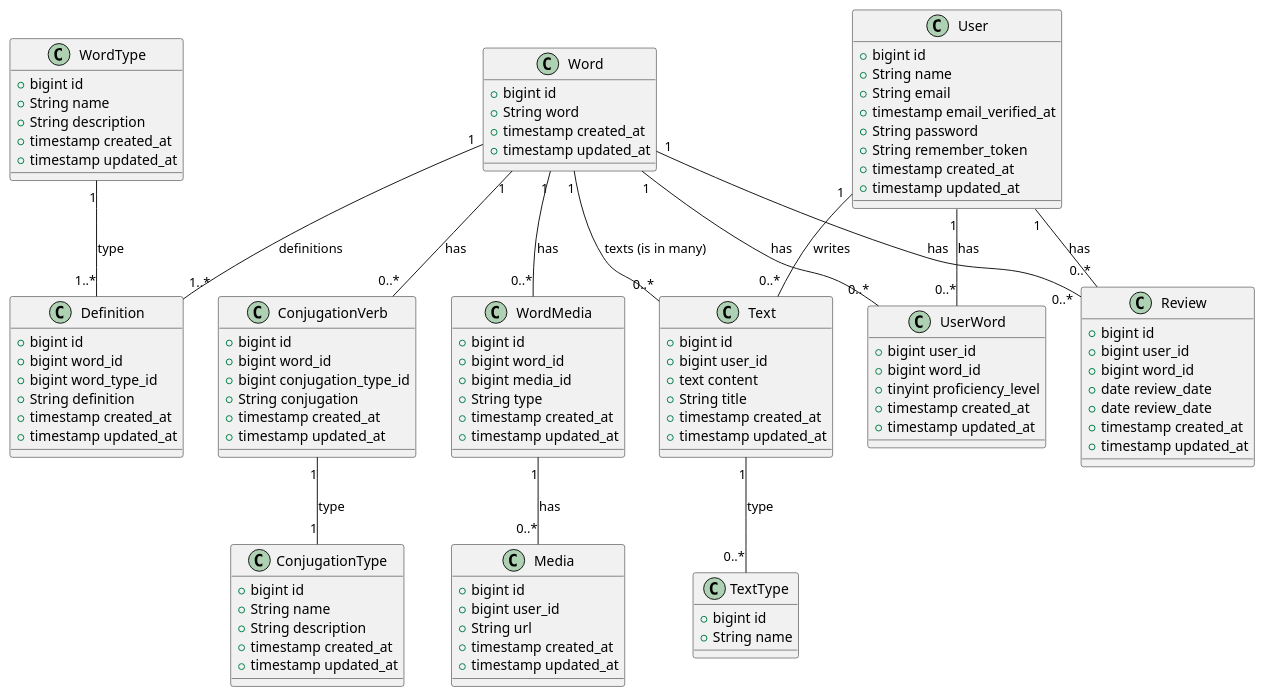
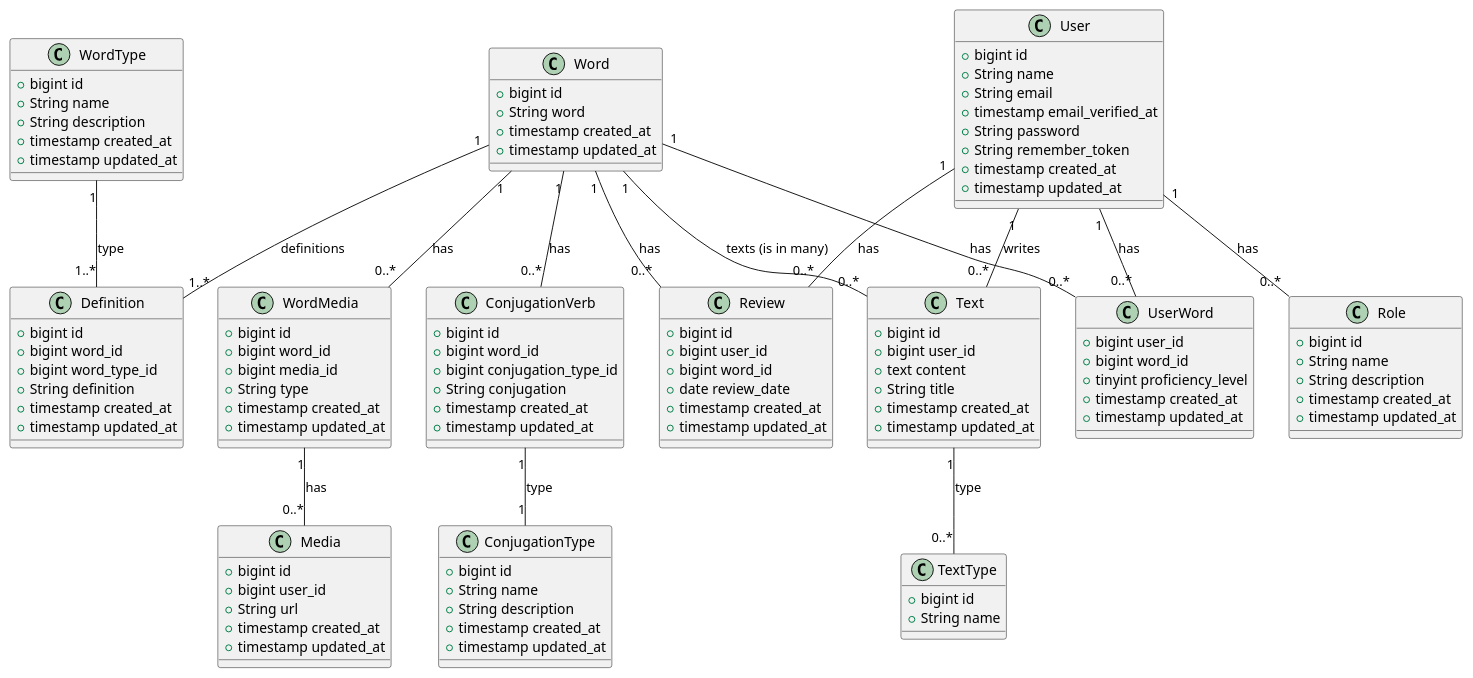
The diagram in docs/entities.wsd (jfcodiaz/my-vocabulary-api), drawn with PlantUML before and after one commit. The commit also changed 9 other files, not shown here.

```diff
--- a/docs/entities.wsd
+++ b/docs/entities.wsd
@@ -1,118 +1,126 @@
 @startuml Entities
 
 class WordType {
     +bigint id
     +String name
     +String description
     +timestamp created_at
     +timestamp updated_at
 }
 
 class User {
     +bigint id
     +String name
     +String email
     +timestamp email_verified_at
     +String password
     +String remember_token
     +timestamp created_at
     +timestamp updated_at
 }
 
 class UserWord {
     +bigint user_id
     +bigint word_id
     +tinyint proficiency_level
     +timestamp created_at
     +timestamp updated_at
 }
 
 class Word {
     +bigint id
     +String word
     +timestamp created_at
     +timestamp updated_at
 }
 
 class Definition {
     +bigint id
     +bigint word_id
     +bigint word_type_id
     +String definition
     +timestamp created_at
     +timestamp updated_at
 }
 
 class Review {
     +bigint id
     +bigint user_id
     +bigint word_id
     +date review_date
-    +date review_date
     +timestamp created_at
     +timestamp updated_at
 }
 
 class Text {
     +bigint id
     +bigint user_id
     +text content
     +String title
     +timestamp created_at
     +timestamp updated_at
 }
 
-class  TextType {
+class TextType {
     +bigint id
     +String name
 }
 
 class ConjugationVerb {
     +bigint id
     +bigint word_id
     +bigint conjugation_type_id
     +String conjugation
     +timestamp created_at
     +timestamp updated_at
 }
 
 class ConjugationType {
     +bigint id
     +String name
     +String description
     +timestamp created_at
     +timestamp updated_at
 }
 
 class Media {
     +bigint id
     +bigint user_id
     +String url
     +timestamp created_at
     +timestamp updated_at
 }
 
 class WordMedia {
     +bigint id
     +bigint word_id
     +bigint media_id
     +String type
     +timestamp created_at
     +timestamp updated_at
 }
 
+class Role {
+    +bigint id
+    +String name
+    +String description
+    +timestamp created_at
+    +timestamp updated_at
+}
+
 Word "1" -- "0..*" Review : has
 Word "1" -- "0..*" Text : texts (is in many)
 User "1" -- "0..*" Text : writes
 Text "1" -- "0..*" TextType : type
 User "1" -- "0..*" UserWord : has
 Word "1" -- "0..*" UserWord : has
 Word "1" -- "0..*" ConjugationVerb : has
 ConjugationVerb "1" -- "1" ConjugationType : type
 User "1" -- "0..*" Review : has
 Word "1" -- "1..*" Definition : definitions
 WordType "1" -- "1..*" Definition : type
 WordMedia "1" -- "0..*" Media : has
 Word "1" -- "0..*" WordMedia : has
+User "1" -- "0..*" Role : has
 
 @enduml
```
